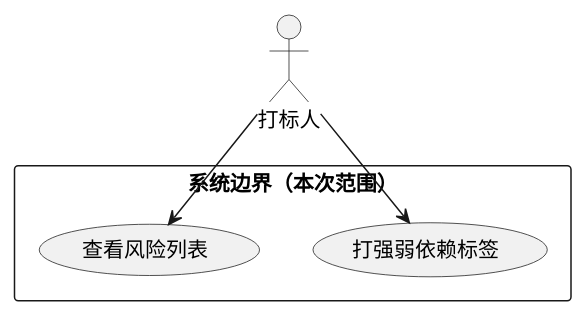
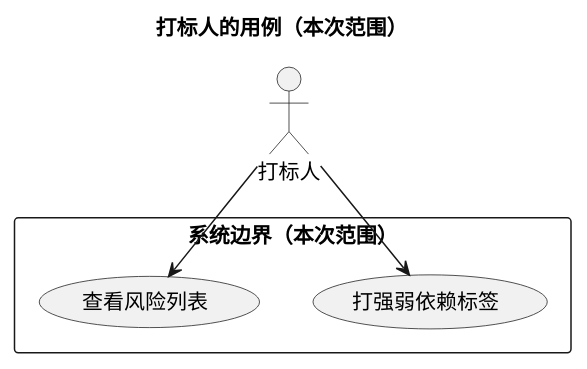
The second of 3 diagrams in clarify/references/diagram-spec.md (zelehuangdog-source/zeleSkills), drawn with PlantUML before and after one commit. The commit also changed other lines of this file and 1 other file, not shown here.

First line of the commit message:
clarify：三类图必须自带标题，业务序列图标题说清谁在干什么

````diff
--- a/clarify/references/diagram-spec.md
+++ b/clarify/references/diagram-spec.md
@@ -109,9 +138,12 @@
 ```plantuml
+@startuml
+title 打标人的用例（本次范围）
 actor "打标人" as A1
 rectangle "系统边界（本次范围）" {
   usecase "打强弱依赖标签" as UC1
   usecase "查看风险列表" as UC2
 }
 A1 --> UC1
 A1 --> UC2
+@enduml
 ```
````
